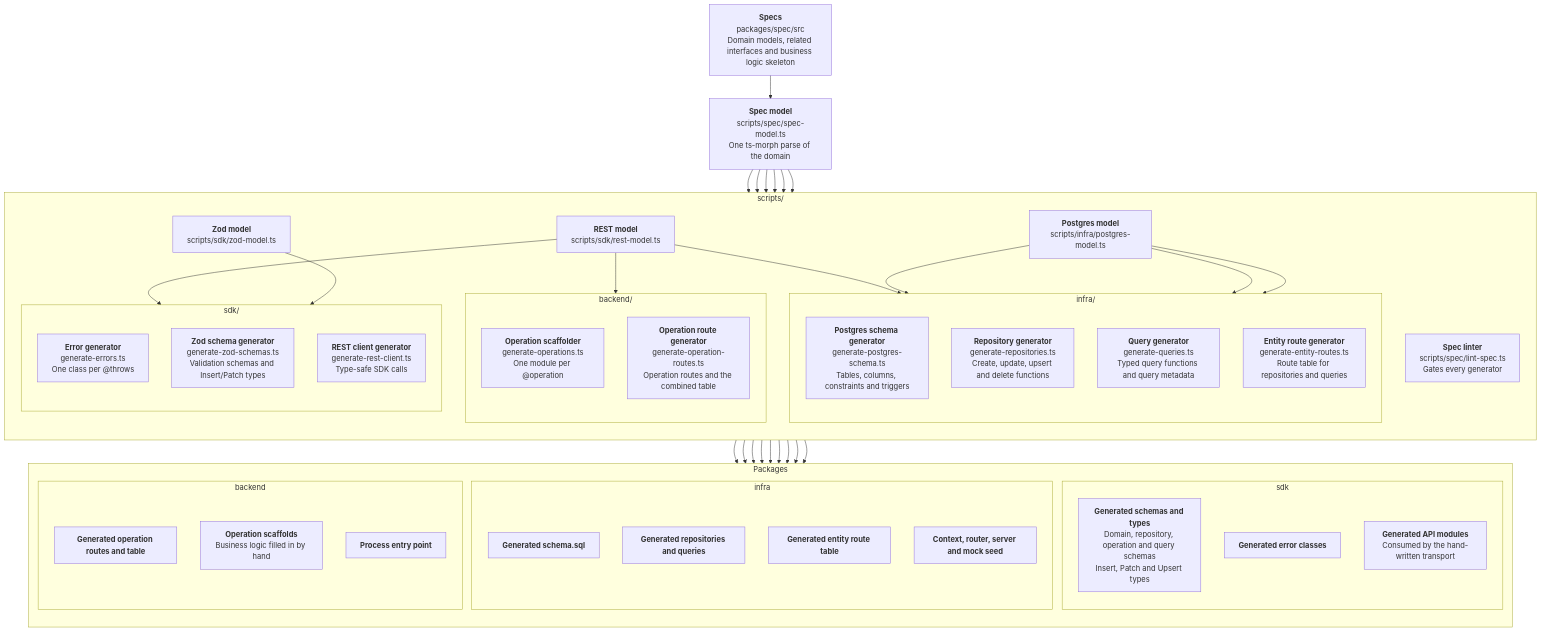
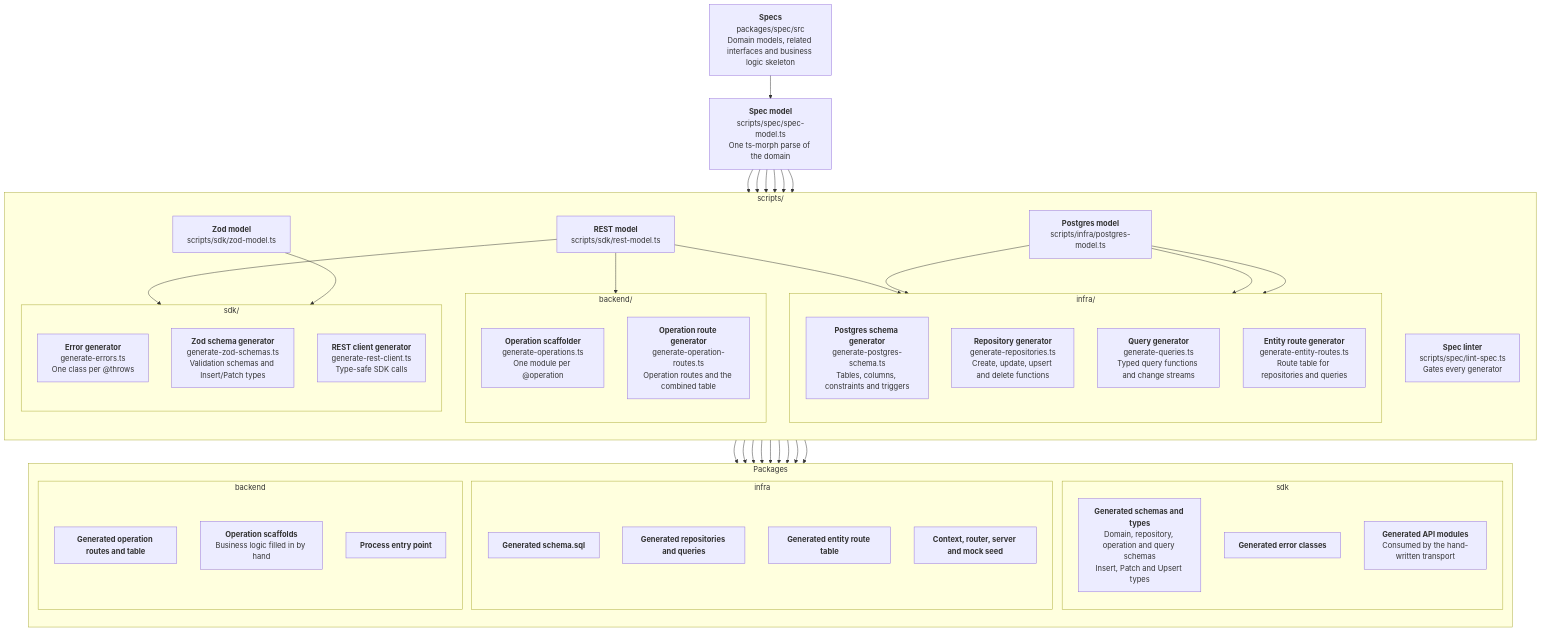
The first of 2 diagrams in README.md (Ciantic/experiment-with-ts-spec), drawn with Mermaid before and after one commit. The commit also changed other lines of this file and 44 other files, not shown here.

````diff
--- a/README.md
+++ b/README.md
@@ -20,80 +21,80 @@
 ```mermaid
 flowchart TD
     specs["<b>Specs</b><br/>packages/spec/src<br/>Domain models, related interfaces and business logic skeleton"]
     specModel["<b>Spec model</b><br/>scripts/spec/spec-model.ts<br/>One ts-morph parse of the domain"]
 
     specs --> specModel
 
     subgraph scripts["scripts/"]
         direction TB
         lint["<b>Spec linter</b><br/>scripts/spec/lint-spec.ts<br/>Gates every generator"]
 
         pgModel["<b>Postgres model</b><br/>scripts/infra/postgres-model.ts"]
         zodModel["<b>Zod model</b><br/>scripts/sdk/zod-model.ts"]
         restModel["<b>REST model</b><br/>scripts/sdk/rest-model.ts"]
 
         subgraph infraScripts["infra/"]
             direction TB
             pgSchema["<b>Postgres schema generator</b><br/>generate-postgres-schema.ts<br/>Tables, columns, constraints and triggers"]
             repositories["<b>Repository generator</b><br/>generate-repositories.ts<br/>Create, update, upsert and delete functions"]
-            queries["<b>Query generator</b><br/>generate-queries.ts<br/>Typed query functions and query metadata"]
+            queries["<b>Query generator</b><br/>generate-queries.ts<br/>Typed query functions and change streams"]
             entityRoutes["<b>Entity route generator</b><br/>generate-entity-routes.ts<br/>Route table for repositories and queries"]
         end
 
         subgraph backendScripts["backend/"]
             direction TB
             operations["<b>Operation scaffolder</b><br/>generate-operations.ts<br/>One module per @operation"]
             operationRoutes["<b>Operation route generator</b><br/>generate-operation-routes.ts<br/>Operation routes and the combined table"]
         end
 
         subgraph sdkScripts["sdk/"]
             direction TB
             errors["<b>Error generator</b><br/>generate-errors.ts<br/>One class per @throws"]
             validation["<b>Zod schema generator</b><br/>generate-zod-schemas.ts<br/>Validation schemas and Insert/Patch types"]
             restClient["<b>REST client generator</b><br/>generate-rest-client.ts<br/>Type-safe SDK calls"]
         end
     end
 
     subgraph packages["Packages"]
         direction TB
         subgraph sdkPkg["sdk"]
             sdkSchemas["<b>Generated schemas and types</b><br/>Domain, repository, operation and query schemas<br/>Insert, Patch and Upsert types"]
             sdkErrors["<b>Generated error classes</b>"]
             sdkApi["<b>Generated API modules</b><br/>Consumed by the hand-written transport"]
         end
         subgraph infraPkg["infra"]
             infraSchema["<b>Generated schema.sql</b>"]
             infraData["<b>Generated repositories and queries</b>"]
             infraRoutes["<b>Generated entity route table</b>"]
             infraRuntime["<b>Context, router, server and mock seed</b>"]
         end
         subgraph backendPkg["backend"]
             backendRoutes["<b>Generated operation routes and table</b>"]
             backendOperations["<b>Operation scaffolds</b><br/>Business logic filled in by hand"]
             backendMain["<b>Process entry point</b>"]
         end
     end
 
     specModel --> lint
     specModel --> pgModel
     specModel --> zodModel
     specModel --> restModel
     specModel --> operations
     specModel --> errors
     pgModel --> pgSchema
     pgModel --> repositories
     pgModel --> queries
     zodModel --> validation
     restModel --> entityRoutes
     restModel --> operationRoutes
     restModel --> restClient
     errors --> sdkErrors
     validation --> sdkSchemas
     restClient --> sdkApi
     pgSchema --> infraSchema
     repositories --> infraData
     queries --> infraData
     entityRoutes --> infraRoutes
     operationRoutes --> backendRoutes
     operations --> backendOperations
 ```
````
